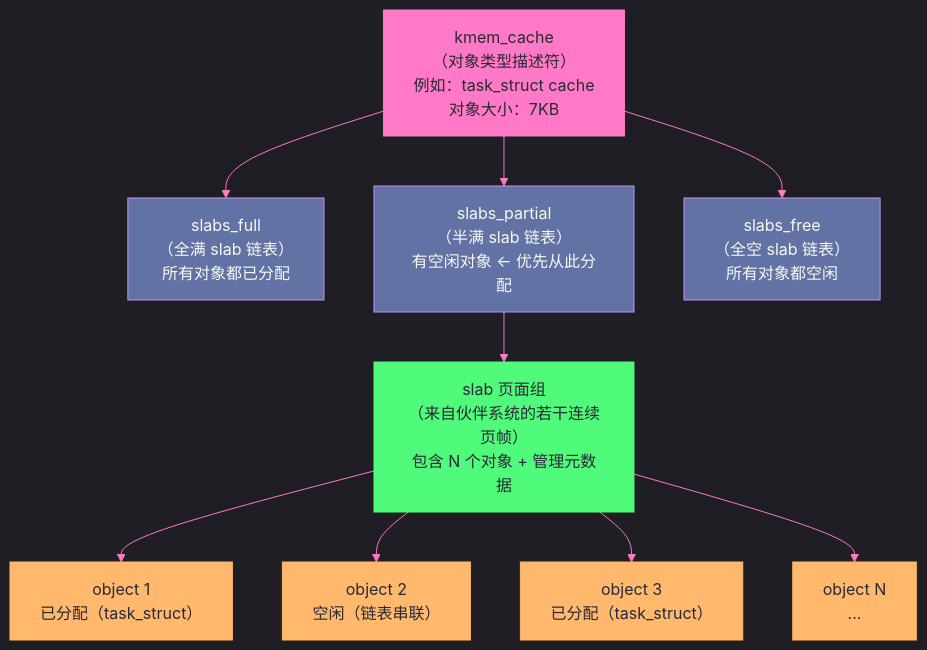
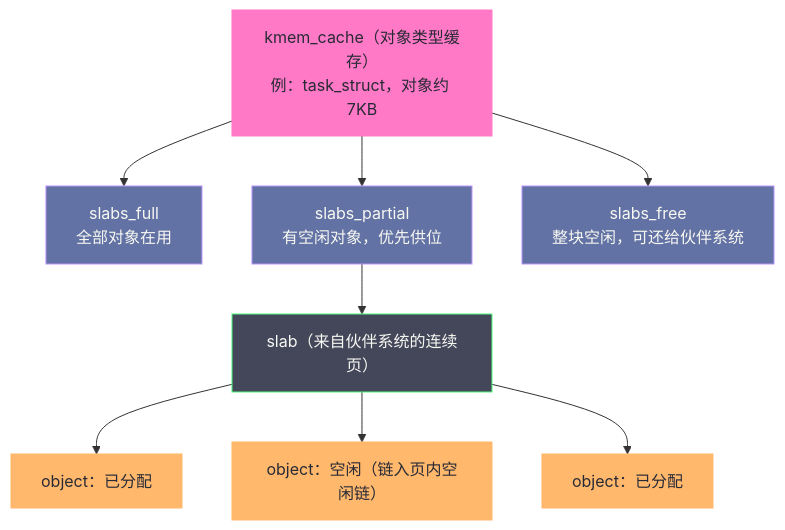
One commit to hpliStartAgain/my-brain changed the second of 2 diagrams in content/Linux/内存管理/02 物理内存管理：Buddy System 与 Slab 分配器的设计哲学.md. Above: the diagram before and after it, drawn with Mermaid. The commit also changed other lines of this file and 47 other files, not shown here.

````diff
--- a/content/Linux/内存管理/02 物理内存管理：Buddy System 与 Slab 分配器的设计哲学.md
+++ b/content/Linux/内存管理/02 物理内存管理：Buddy System 与 Slab 分配器的设计哲学.md
@@ -227,35 +222,21 @@
 ```mermaid
-%%{init: {'theme': 'dark', 'themeVariables': {'primaryColor': '#6272a4', 'primaryTextColor': '#f8f8f2', 'primaryBorderColor': '#bd93f9', 'lineColor': '#ff79c6', 'background': '#282a36', 'mainBkg': '#44475a', 'nodeBorder': '#bd93f9'}}}%%
-graph TD
-    KC["kmem_cache</br>（对象类型描述符）</br>例如：task_struct cache</br>对象大小：7KB"]
-    
-    SFULL["slabs_full</br>（全满 slab 链表）</br>所有对象都已分配"]
-    SPARTIAL["slabs_partial</br>（半满 slab 链表）</br>有空闲对象 ← 优先从此分配"]
-    SFREE["slabs_free</br>（全空 slab 链表）</br>所有对象都空闲"]
-    
-    S1["slab 页面组</br>（来自伙伴系统的若干连续页帧）</br>包含 N 个对象 + 管理元数据"]
-    
-    O1["object 1</br>已分配（task_struct）"]
-    O2["object 2</br>空闲（链表串联）"]
-    O3["object 3</br>已分配（task_struct）"]
-    ON["object N</br>..."]
-
-    KC --> SFULL
-    KC --> SPARTIAL
-    KC --> SFREE
-    SPARTIAL --> S1
-    S1 --> O1
-    S1 --> O2
-    S1 --> O3
-    S1 --> ON
+%%{init: {'theme': 'dracula'}}%%
+flowchart TD
+    KC["kmem_cache（对象类型缓存）<br/>例：task_struct，对象约 7KB"]
+    KC --> FULL["slabs_full<br/>全部对象在用"]
+    KC --> PARTIAL["slabs_partial<br/>有空闲对象，优先供位"]
+    KC --> FREE["slabs_free<br/>整块空闲，可还给伙伴系统"]
+    PARTIAL --> S1["slab（来自伙伴系统的连续页）"]
+    S1 --> O1["object：已分配"]
+    S1 --> O2["object：空闲（链入页内空闲链）"]
+    S1 --> O3["object：已分配"]
 
     classDef cache fill:#ff79c6,stroke:#ff79c6,color:#282a36
-    classDef list fill:#6272a4,stroke:#bd93f9,color:#f8f8f2
-    classDef slab fill:#50fa7b,stroke:#50fa7b,color:#282a36
+    classDef lst fill:#6272a4,stroke:#bd93f9,color:#f8f8f2
+    classDef slab fill:#44475a,stroke:#50fa7b,color:#f8f8f2
     classDef obj fill:#ffb86c,stroke:#ffb86c,color:#282a36
-
     class KC cache
-    class SFULL,SPARTIAL,SFREE list
+    class FULL,PARTIAL,FREE lst
     class S1 slab
-    class O1,O2,O3,ON obj
+    class O1,O2,O3 obj
 ```
````
